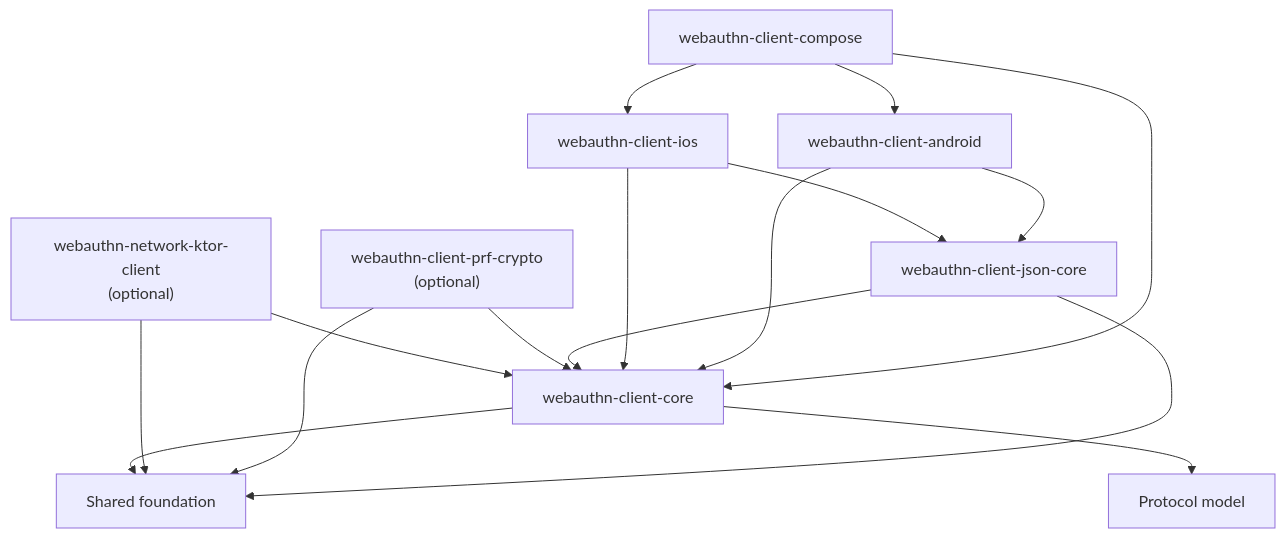
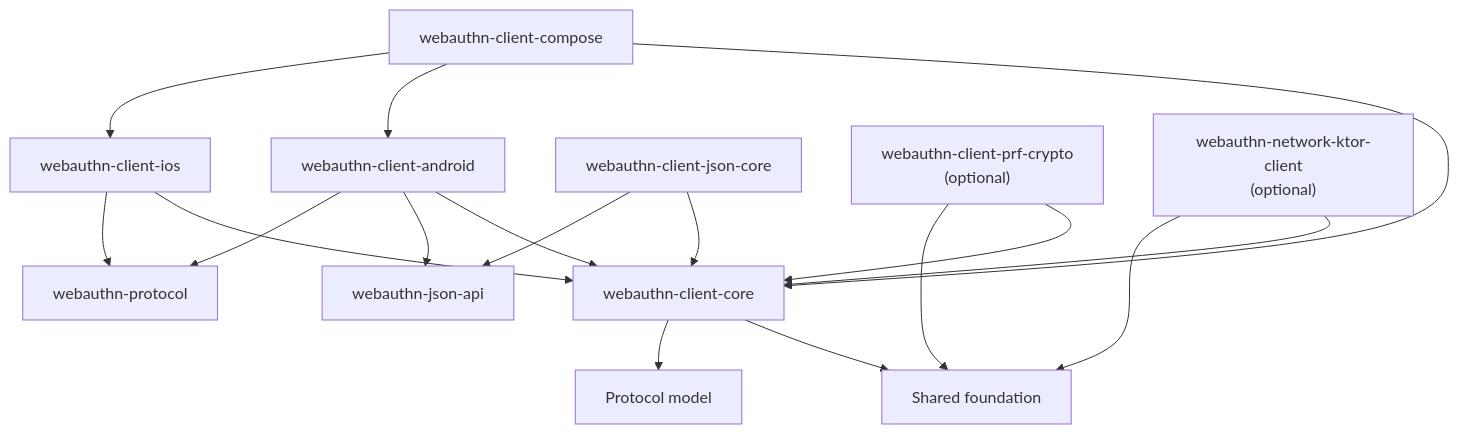
Before and after one commit to szijpeter/webauthn-kotlin-multiplatform: the third of 4 diagrams in docs/architecture.md, drawn with Mermaid. The commit also changed other lines of this file and 21 other files, not shown here.

````diff
--- a/docs/architecture.md
+++ b/docs/architecture.md
@@ -88,34 +90,37 @@
 ```mermaid
 flowchart TB
     COMPOSE["webauthn-client-compose"]
     ANDROID["webauthn-client-android"]
     IOS["webauthn-client-ios"]
     JSON["webauthn-client-json-core"]
     PRF["webauthn-client-prf-crypto<br/>(optional)"]
     NETWORK["webauthn-network-ktor-client<br/>(optional)"]
     CLIENT_CORE["webauthn-client-core"]
+    JSON_API["webauthn-json-api"]
+    PROTOCOL["webauthn-protocol"]
     FOUNDATION["Shared foundation"]
     MODEL["Protocol model"]
 
     COMPOSE --> CLIENT_CORE
     COMPOSE --> ANDROID
     COMPOSE --> IOS
 
     ANDROID --> CLIENT_CORE
-    ANDROID --> JSON
+    ANDROID --> JSON_API
+    ANDROID --> PROTOCOL
 
     IOS --> CLIENT_CORE
-    IOS --> JSON
+    IOS --> PROTOCOL
 
     JSON --> CLIENT_CORE
-    JSON --> FOUNDATION
+    JSON --> JSON_API
 
     PRF --> CLIENT_CORE
     PRF --> FOUNDATION
 
     NETWORK --> CLIENT_CORE
     NETWORK --> FOUNDATION
 
     CLIENT_CORE --> FOUNDATION
     CLIENT_CORE --> MODEL
 ```
````
